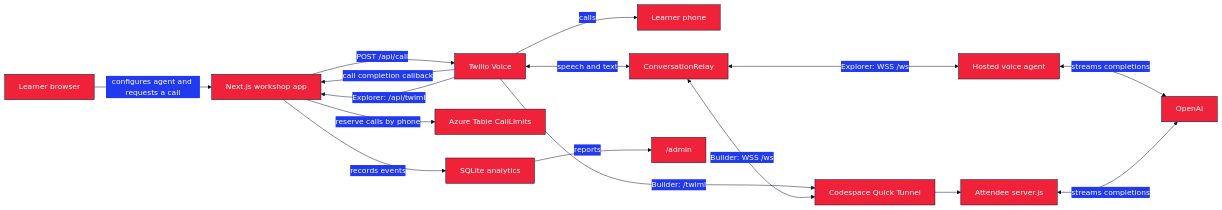
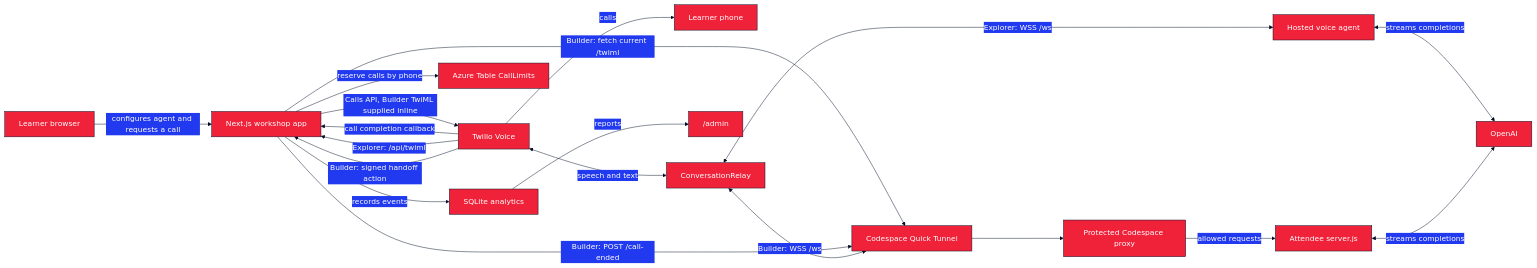
One commit to anthonyplusAI/twilio-voice-ai changed the diagram in README.md. Above: the diagram before and after it, drawn with Mermaid. The commit also changed other lines of this file and 68 other files, not shown here.

Commit message:
Verify and repair both workshop call flows

````diff
--- a/README.md
+++ b/README.md
@@ -186,19 +187,22 @@
 ```mermaid
 %%{init: {'theme':'base','themeVariables':{'primaryColor':'#EF223A','primaryTextColor':'#FFFFFF','primaryBorderColor':'#000D25','lineColor':'#000D25','fontFamily':'Inter, system-ui, sans-serif'}}}%%
 flowchart LR
   Learner["Learner browser"] -->|configures agent and requests a call| App["Next.js workshop app"]
-  App -->|POST /api/call| Voice["Twilio Voice"]
+  App -->|Calls API, Builder TwiML supplied inline| Voice["Twilio Voice"]
   App -->|reserve calls by phone| Limits["Azure Table CallLimits"]
+  App -->|Builder: fetch current /twiml| Tunnel["Codespace Quick Tunnel"]
   Voice -->|calls| Phone["Learner phone"]
   Voice -->|call completion callback| App
   Voice -->|Explorer: /api/twiml| App
-  Voice -->|Builder: /twiml| Tunnel["Codespace Quick Tunnel"]
+  Voice -->|Builder: signed handoff action| App
+  App -->|Builder: POST /call-ended| Tunnel
   Voice <-->|speech and text| Relay["ConversationRelay"]
   Relay <-->|Explorer: WSS /ws| Agent["Hosted voice agent"]
   Relay <-->|Builder: WSS /ws| Tunnel
-  Tunnel --> Builder["Attendee server.js"]
+  Tunnel --> Proxy["Protected Codespace proxy"]
+  Proxy -->|allowed requests| Builder["Attendee server.js"]
   Agent <-->|streams completions| OpenAI["OpenAI"]
   Builder <-->|streams completions| OpenAI
   App -->|records events| SQLite["SQLite analytics"]
   SQLite -->|reports| Admin["/admin"]
 ```
````
